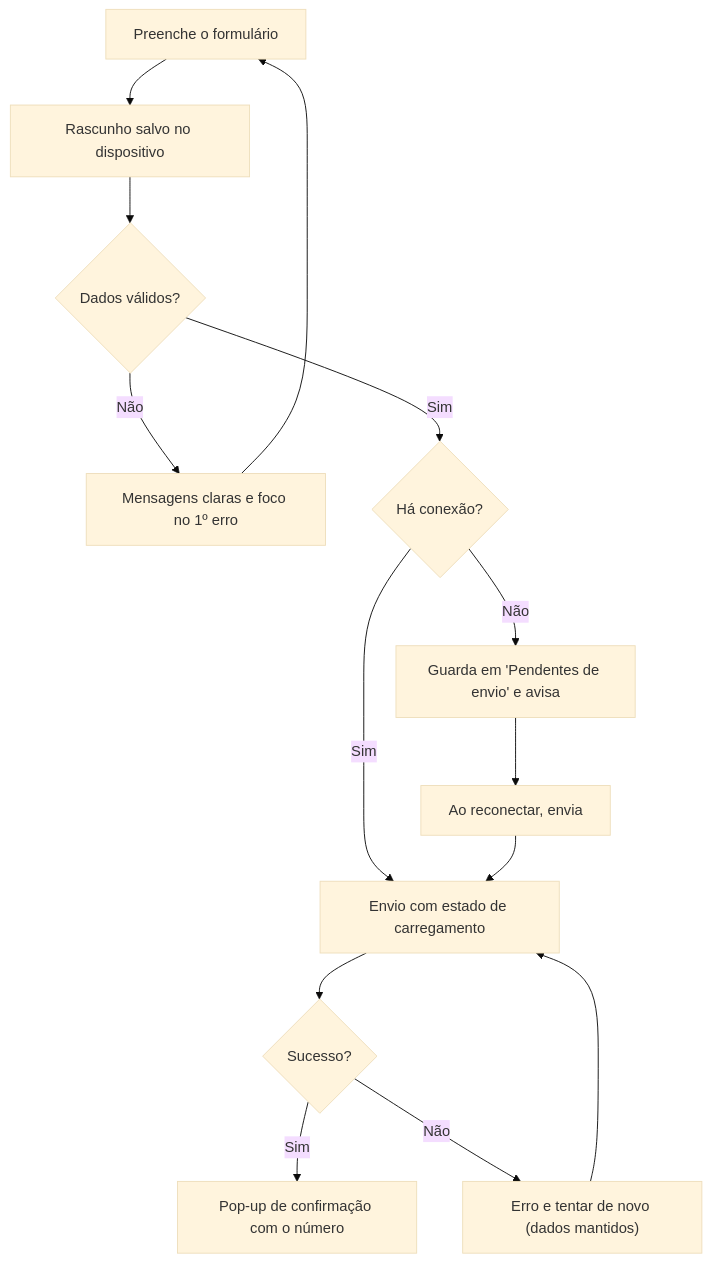
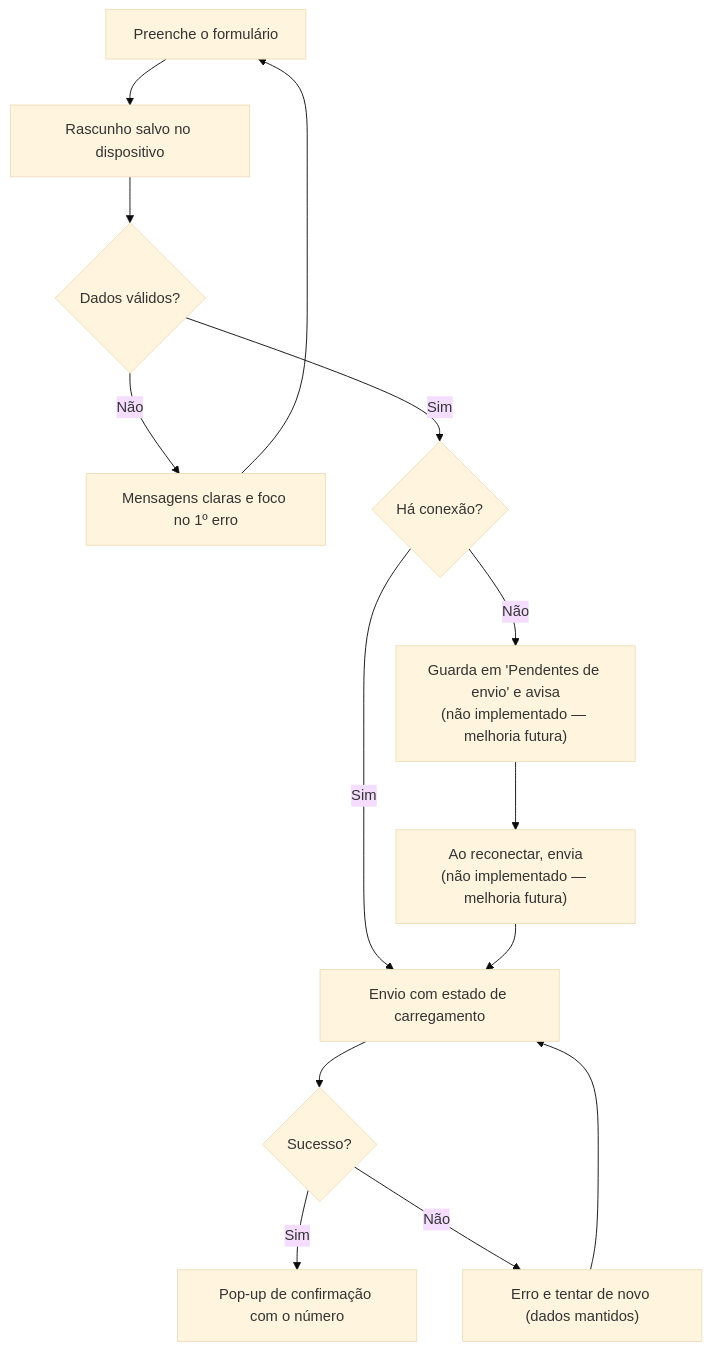
The fifth of 5 diagrams in docs/FLUXOS.md (DiogoBrito777/projeto_instituto), drawn with Mermaid (base theme) before and after one commit. The commit also changed other lines of this file and 5 other files, not shown here.

````diff
--- a/docs/FLUXOS.md
+++ b/docs/FLUXOS.md
@@ -80,16 +80,16 @@
 ```mermaid
 flowchart TD
   P["Preenche o formulário"] --> R["Rascunho salvo no dispositivo"]
   R --> V{"Dados válidos?"}
   V -- Não --> M["Mensagens claras e foco no 1º erro"]
   M --> P
   V -- Sim --> N{"Há conexão?"}
-  N -- Não --> Q["Guarda em 'Pendentes de envio' e avisa"]
-  Q --> W["Ao reconectar, envia"]
+  N -- Não --> Q["Guarda em 'Pendentes de envio' e avisa<br/>(não implementado — melhoria futura)"]
+  Q --> W["Ao reconectar, envia<br/>(não implementado — melhoria futura)"]
   N -- Sim --> E["Envio com estado de carregamento"]
   W --> E
   E --> OK{"Sucesso?"}
   OK -- Sim --> C["Pop-up de confirmação com o número"]
   OK -- Não --> ER["Erro e tentar de novo (dados mantidos)"]
   ER --> E
 ```
````
